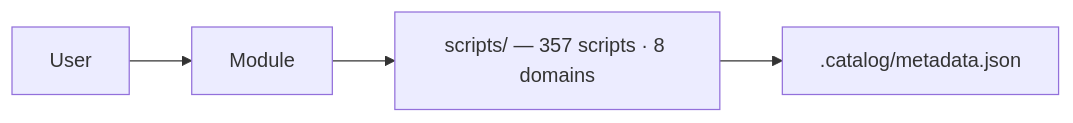
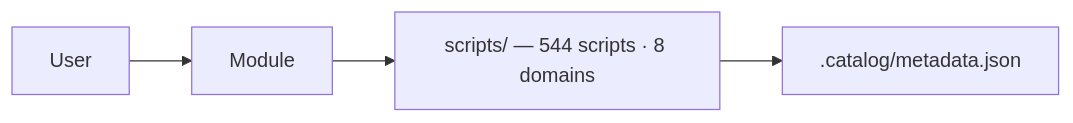
One commit to Carme99/bug-free-umbrella changed the second of 2 diagrams in docs/Module.md. Above: the diagram before and after it, drawn with Mermaid. The commit also changed other lines of this file and 19 other files, not shown here.

````diff
--- a/docs/Module.md
+++ b/docs/Module.md
@@ -58,6 +58,6 @@
 ```mermaid
 flowchart LR
     User --> MOD[Module]
-    MOD --> SCRIPTS[scripts/ — 357 scripts · 8 domains]
+    MOD --> SCRIPTS[scripts/ — 544 scripts · 8 domains]
     SCRIPTS --> CAT[.catalog/metadata.json]
 ```
````
